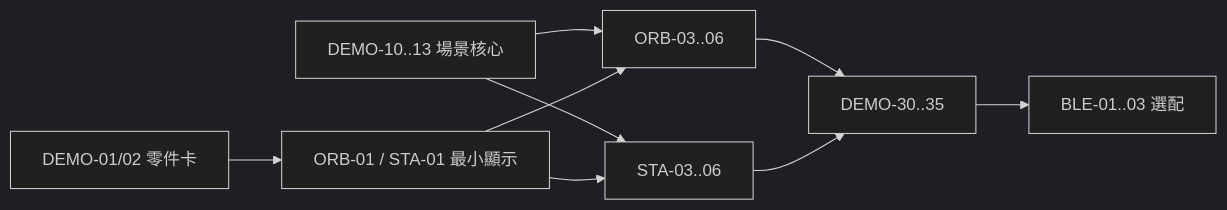
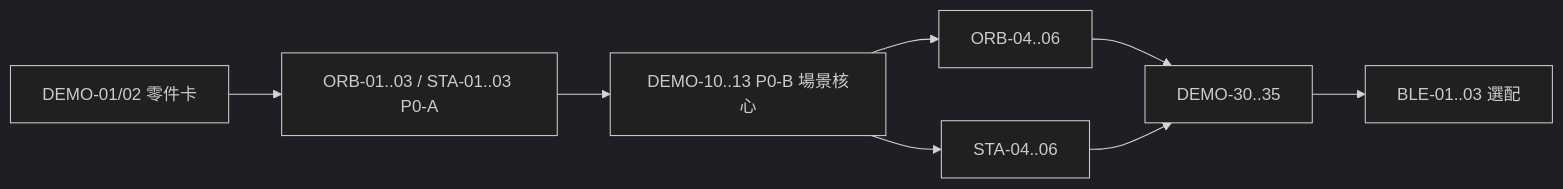
One commit to z1nnz/graduation-project-nudge changed the diagram in docs/work-packages/11-demo-issue-backlog.md. Above: the diagram before and after it, drawn with Mermaid (dark theme). The commit also changed other lines of this file and 14 other files, not shown here.

````diff
--- a/docs/work-packages/11-demo-issue-backlog.md
+++ b/docs/work-packages/11-demo-issue-backlog.md
@@ -74,11 +74,10 @@
 ```mermaid
 flowchart LR
-  A[DEMO-01/02 零件卡] --> B[ORB-01 / STA-01 最小顯示]
-  C[DEMO-10..13 場景核心] --> D[ORB-03..06]
-  C --> E[STA-03..06]
-  B --> D
-  B --> E
+  A[DEMO-01/02 零件卡] --> B[ORB-01..03 / STA-01..03 P0-A]
+  B --> C[DEMO-10..13 P0-B 場景核心]
+  C --> D[ORB-04..06]
+  C --> E[STA-04..06]
   D --> F[DEMO-30..35]
   E --> F
   F --> G[BLE-01..03 選配]
 ```
````
